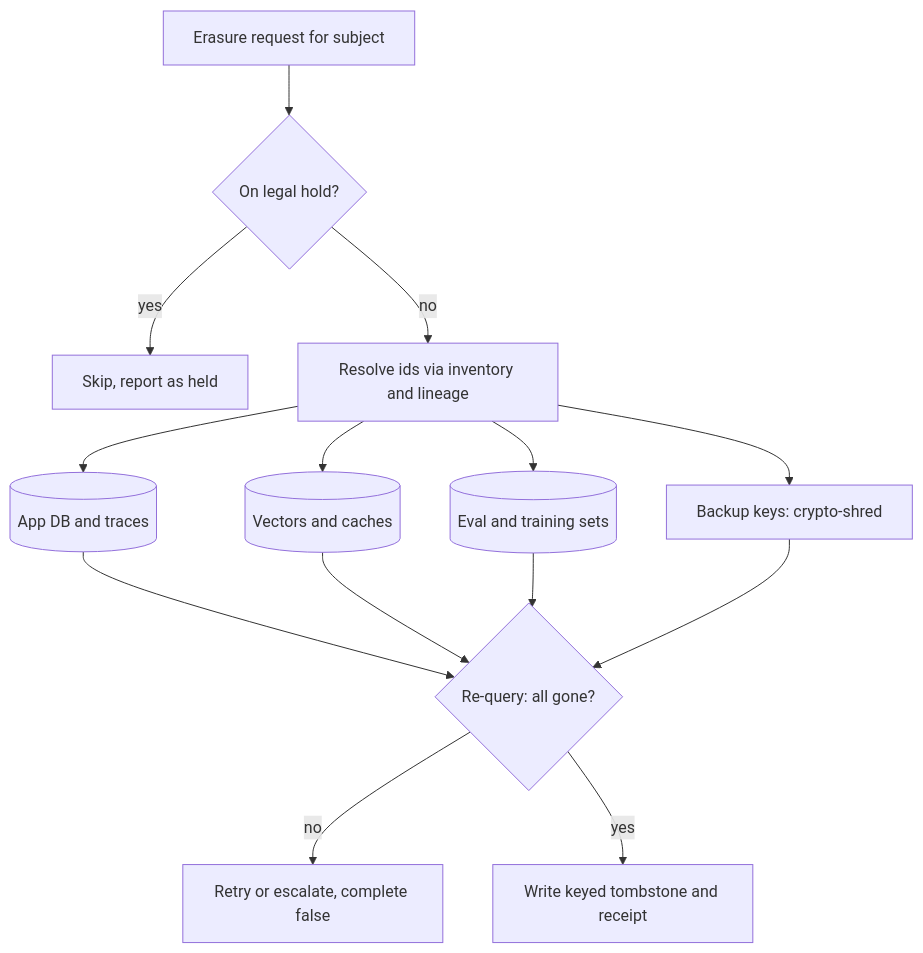
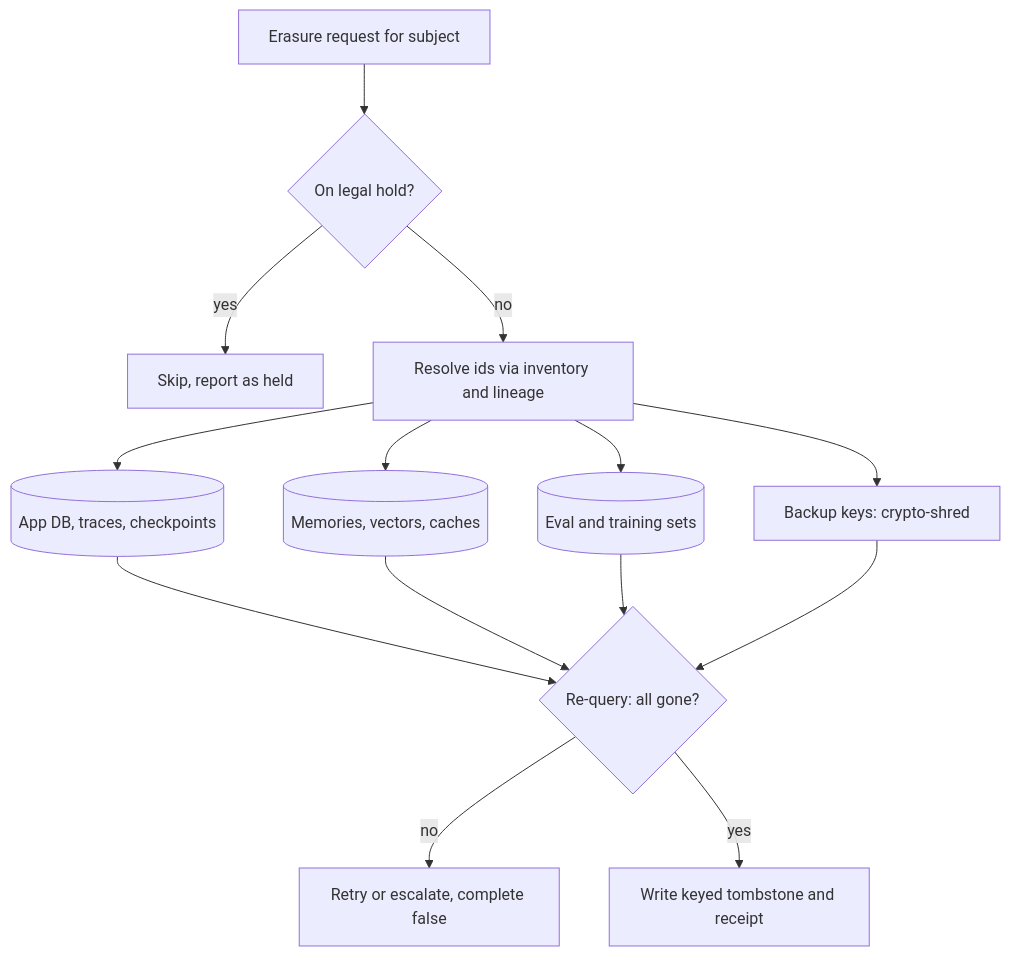
Before and after one commit to lovishmahajan97/agentic-learning: the diagram in content/data-architecture/data-retention-and-deletion-architecture.md, drawn with Mermaid. The commit also changed other lines of this file and 454 other files, not shown here.

````diff
--- a/content/data-architecture/data-retention-and-deletion-architecture.md
+++ b/content/data-architecture/data-retention-and-deletion-architecture.md
@@ -135,16 +154,16 @@
 ```mermaid
 flowchart TD
     R["Erasure request for subject"] --> H{"On legal hold?"}
     H -->|"yes"| HR["Skip, report as held"]
     H -->|"no"| L["Resolve ids via inventory and lineage"]
-    L --> S1[("App DB and traces")]
-    L --> S2[("Vectors and caches")]
+    L --> S1[("App DB, traces, checkpoints")]
+    L --> S2[("Memories, vectors, caches")]
     L --> S3[("Eval and training sets")]
     L --> S4["Backup keys: crypto-shred"]
     S1 --> V{"Re-query: all gone?"}
     S2 --> V
     S3 --> V
     S4 --> V
     V -->|"no"| RT["Retry or escalate, complete false"]
     V -->|"yes"| T["Write keyed tombstone and receipt"]
 ```
````
